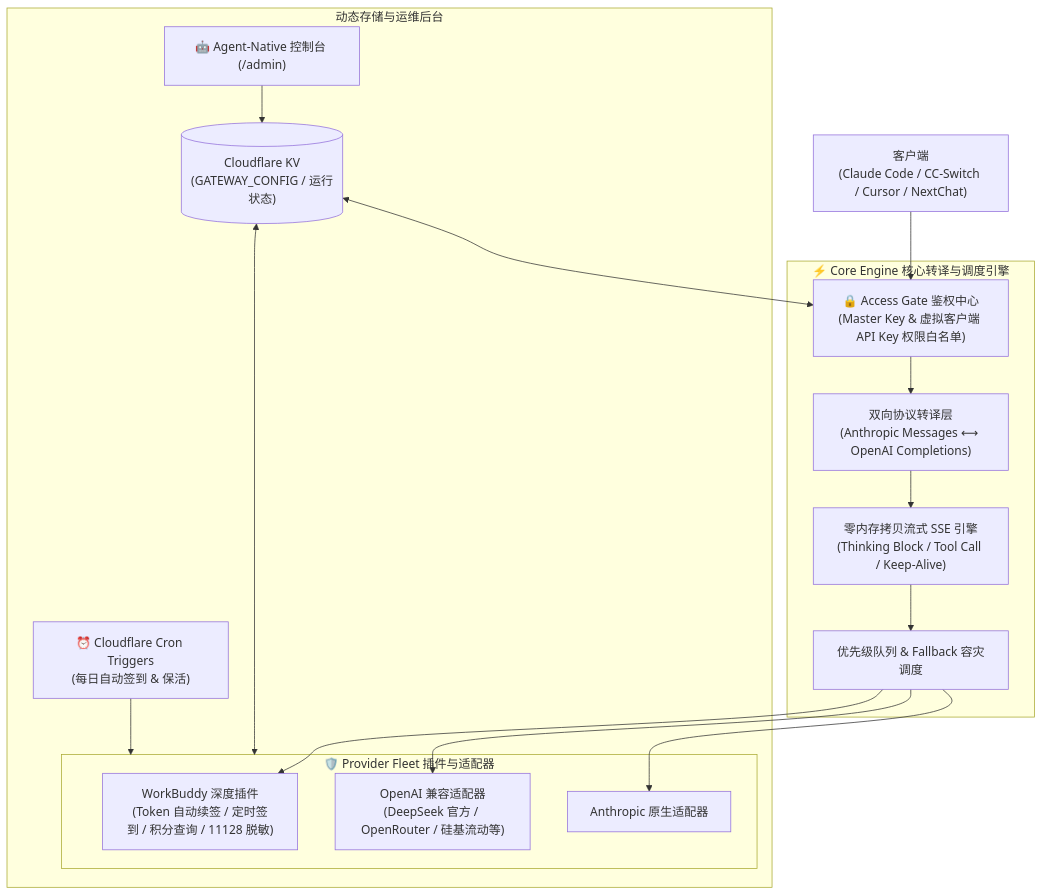
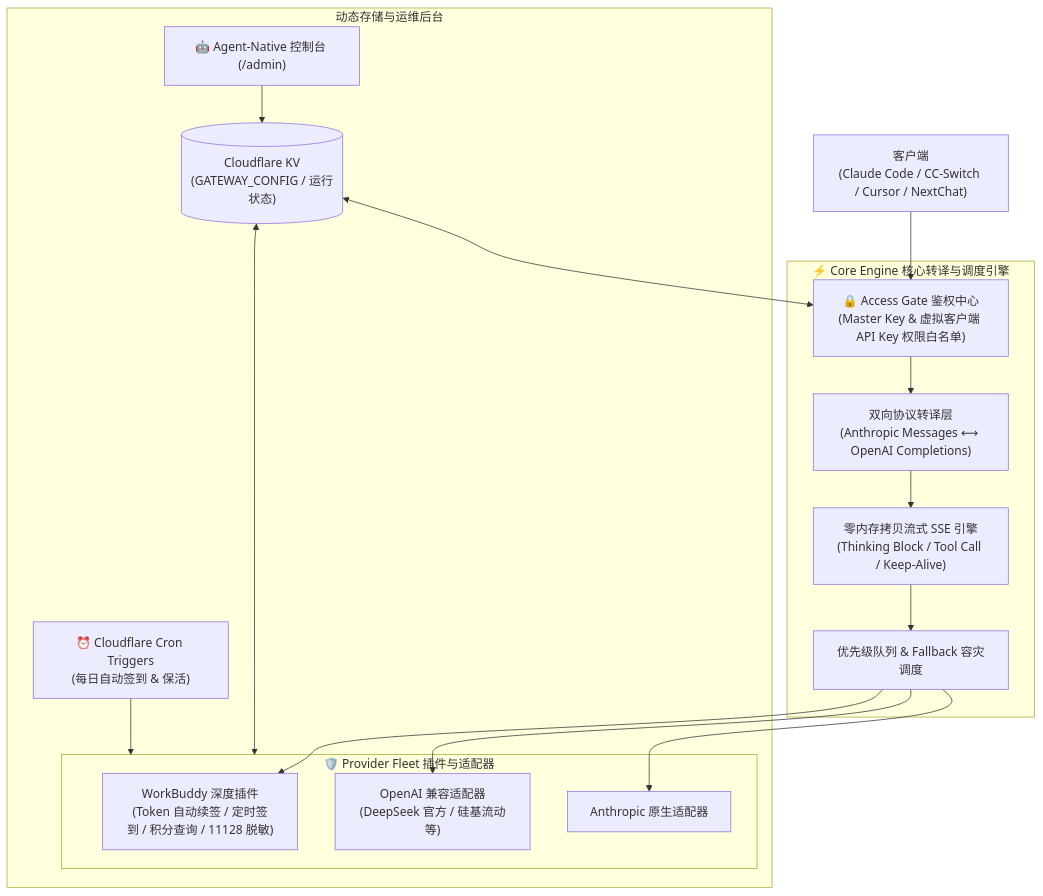
One commit to Ericsunsk/Universal-AI-Gateway changed the diagram in README.md. Above: the diagram before and after it, drawn with Mermaid. The commit also changed other lines of this file and 3 other files, not shown here.

````diff
--- a/README.md
+++ b/README.md
@@ -46,23 +46,23 @@
 ```mermaid
 flowchart TD
     Client["客户端<br/>(Claude Code / CC-Switch / Cursor / NextChat)"] --> Gate["🔒 Access Gate 鉴权中心<br/>(Master Key & 虚拟客户端 API Key 权限白名单)"]
     
     subgraph Engine ["⚡ Core Engine 核心转译与调度引擎"]
         Gate --> Trans["双向协议转译层<br/>(Anthropic Messages ⟷ OpenAI Completions)"]
         Trans --> Stream["零内存拷贝流式 SSE 引擎<br/>(Thinking Block / Tool Call / Keep-Alive)"]
         Stream --> Fallback["优先级队列 & Fallback 容灾调度"]
     end
     
     subgraph Fleet ["🛡️ Provider Fleet 插件与适配器"]
         Fallback --> P_WB["WorkBuddy 深度插件<br/>(Token 自动续签 / 定时签到 / 积分查询 / 11128 脱敏)"]
-        Fallback --> P_OAI["OpenAI 兼容适配器<br/>(DeepSeek 官方 / OpenRouter / 硅基流动等)"]
+        Fallback --> P_OAI["OpenAI 兼容适配器<br/>(DeepSeek 官方 / 硅基流动等)"]
         Fallback --> P_ANT["Anthropic 原生适配器"]
     end
     
     subgraph Storage ["动态存储与运维后台"]
         KV[("Cloudflare KV<br/>(GATEWAY_CONFIG / 运行状态)")] <--> Gate
         KV <--> Fleet
         Admin["🤖 Agent-Native 控制台 (/admin)"] --> KV
         Cron["⏰ Cloudflare Cron Triggers<br/>(每日自动签到 & 保活)"] --> Fleet
     end
 ```
````
